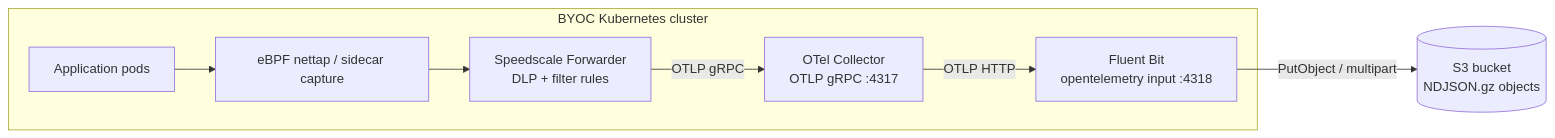
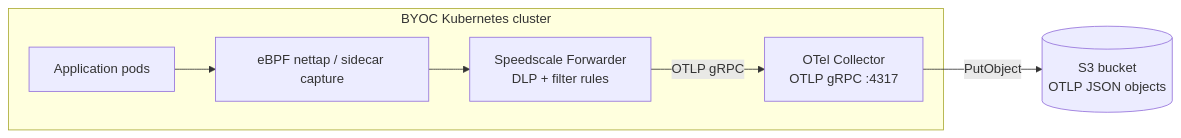
Before and after one commit to speedscale/speedscale-byoc: the diagram in charts/fluentbit-s3/README.md, drawn with Mermaid. The commit also changed other lines of this file and 5 other files, not shown here.

Commit message:
Clean up BYOC S3 chart naming (#37)

````diff
--- a/charts/fluentbit-s3/README.md
+++ b/charts/fluentbit-s3/README.md
@@ -15,16 +18,14 @@
 ```mermaid
 flowchart LR
   subgraph K8s[BYOC Kubernetes cluster]
     Apps[Application pods]
     Cap[eBPF nettap / sidecar capture]
     Fwd[Speedscale Forwarder<br/>DLP + filter rules]
     OTel[OTel Collector<br/>OTLP gRPC :4317]
-    FB[Fluent Bit<br/>opentelemetry input :4318]
   end
-  S3[(S3 bucket<br/>NDJSON.gz objects)]
+  S3[(S3 bucket<br/>OTLP JSON objects)]
 
   Apps --> Cap --> Fwd
   Fwd -->|OTLP gRPC| OTel
-  OTel -->|OTLP HTTP| FB
-  FB -->|PutObject / multipart| S3
+  OTel -->|PutObject| S3
 ```
````
